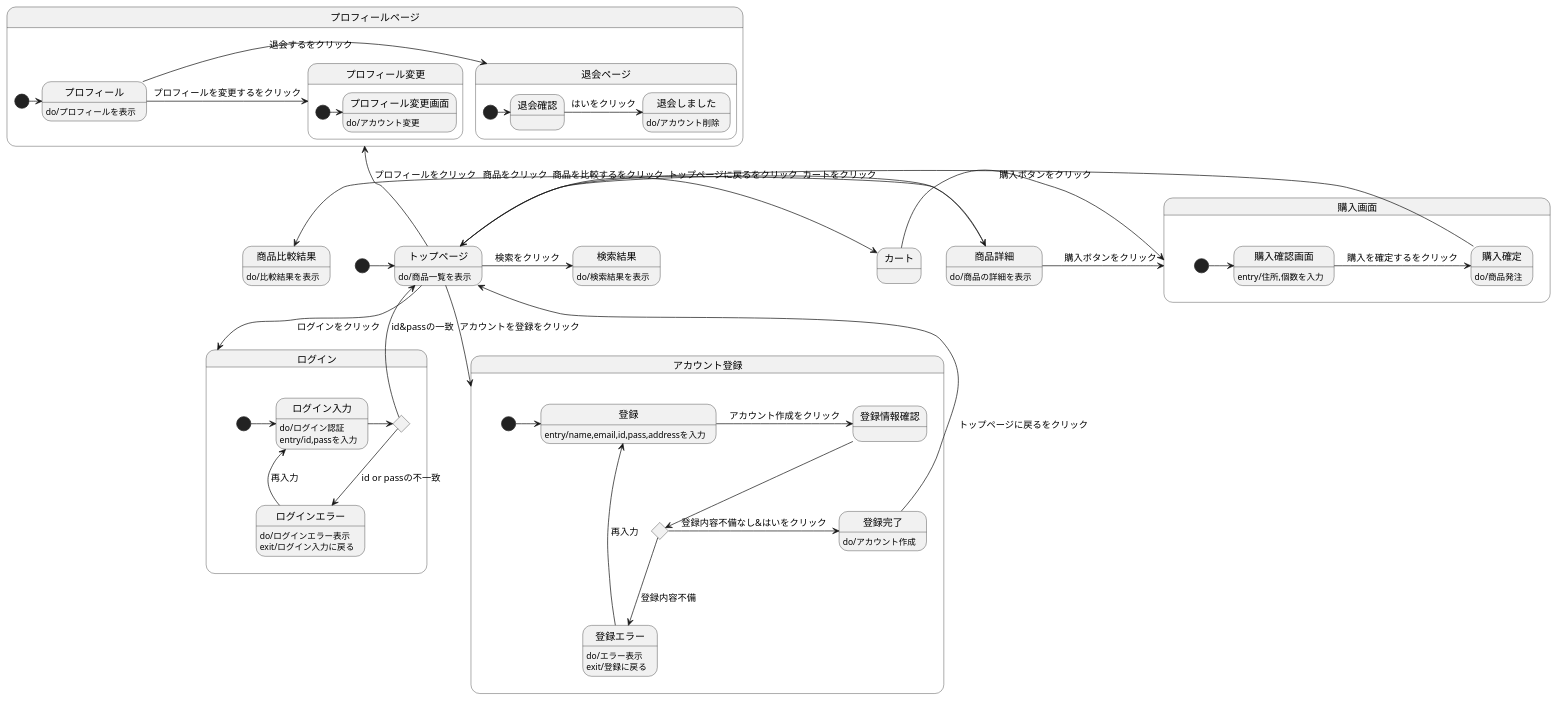
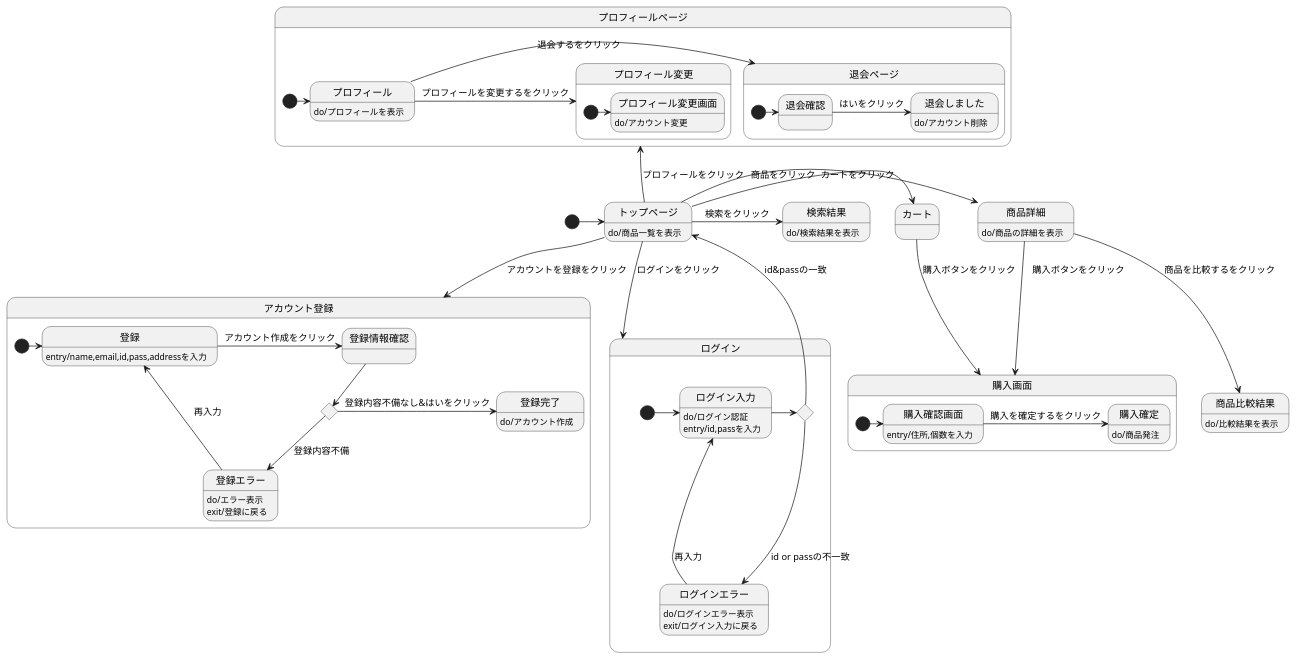
The diagram in stm01.md (Aso2001159/2021sys-design), drawn with PlantUML before and after one commit.

````diff
--- a/stm01.md
+++ b/stm01.md
@@ -1,69 +1,67 @@
 ```uml
 
 @startuml
 [*]->トップページ
 トップページ : do/商品一覧を表示
 トップページ->商品詳細 : 商品をクリック
   商品詳細 : do/商品の詳細を表示
-  商品詳細 -left-> 商品比較結果 : 商品を比較するをクリック
+  商品詳細 --> 商品比較結果 : 商品を比較するをクリック
   商品比較結果 : do/比較結果を表示
   商品詳細-> 購入画面 :　購入ボタンをクリック
 トップページ-down->ログイン :ログインをクリック
 state ログイン{
   state r確認 <<choice>>
   [*] -> ログイン入力 
   ログイン入力 : do/ログイン認証
   ログイン入力 : entry/id,passを入力
   ログイン入力 -> r確認
   r確認 -> トップページ : id&passの一致
    r確認 --> ログインエラー : id or passの不一致
     ログインエラー :do/ログインエラー表示
     ログインエラー : exit/ログイン入力に戻る
   ログインエラー -> ログイン入力 : 再入力
 
 }
 トップページ-right->カート :カートをクリック
 カート --> 購入画面 : 購入ボタンをクリック
 state 購入画面{
   [*]-> 購入確認画面
   購入確認画面 : entry/住所,個数を入力
   購入確認画面 -> 購入確定 : 購入を確定するをクリック
   購入確定 : do/商品発注
-  購入確定 -> トップページ : トップページに戻るをクリック
 }
 state アカウント登録{
 [*]-> 登録 
   トップページ--> アカウント登録 :アカウントを登録をクリック
   state t確認 <<choice>>
   登録 : entry/name,email,id,pass,addressを入力
   登録 ->登録情報確認: アカウント作成をクリック
   登録情報確認 --> t確認 
   t確認 --> 登録エラー : 登録内容不備
     登録エラー : do/エラー表示
     登録エラー : exit/登録に戻る
    登録エラー -> 登録 : 再入力
   t確認 -> 登録完了: 登録内容不備なし&はいをクリック
     登録完了: do/アカウント作成
-    登録完了 -> トップページ : トップページに戻るをクリック
   }
 トップページ->検索結果 :検索をクリック
   検索結果 : do/検索結果を表示
 トップページ-up->プロフィールページ :プロフィールをクリック
 state プロフィールページ{
 [*] -> プロフィール
 プロフィール : do/プロフィールを表示
   プロフィール ->退会ページ :退会するをクリック
   state 退会ページ{
     [*]-> 退会確認 
     退会確認-> 退会しました : はいをクリック
       退会しました : do/アカウント削除
     }
     プロフィール -> プロフィール変更 : プロフィールを変更するをクリック
     state プロフィール変更{
       [*]-> プロフィール変更画面
       プロフィール変更画面 : do/アカウント変更
     }
  }
 @enduml
 
 ```
````
